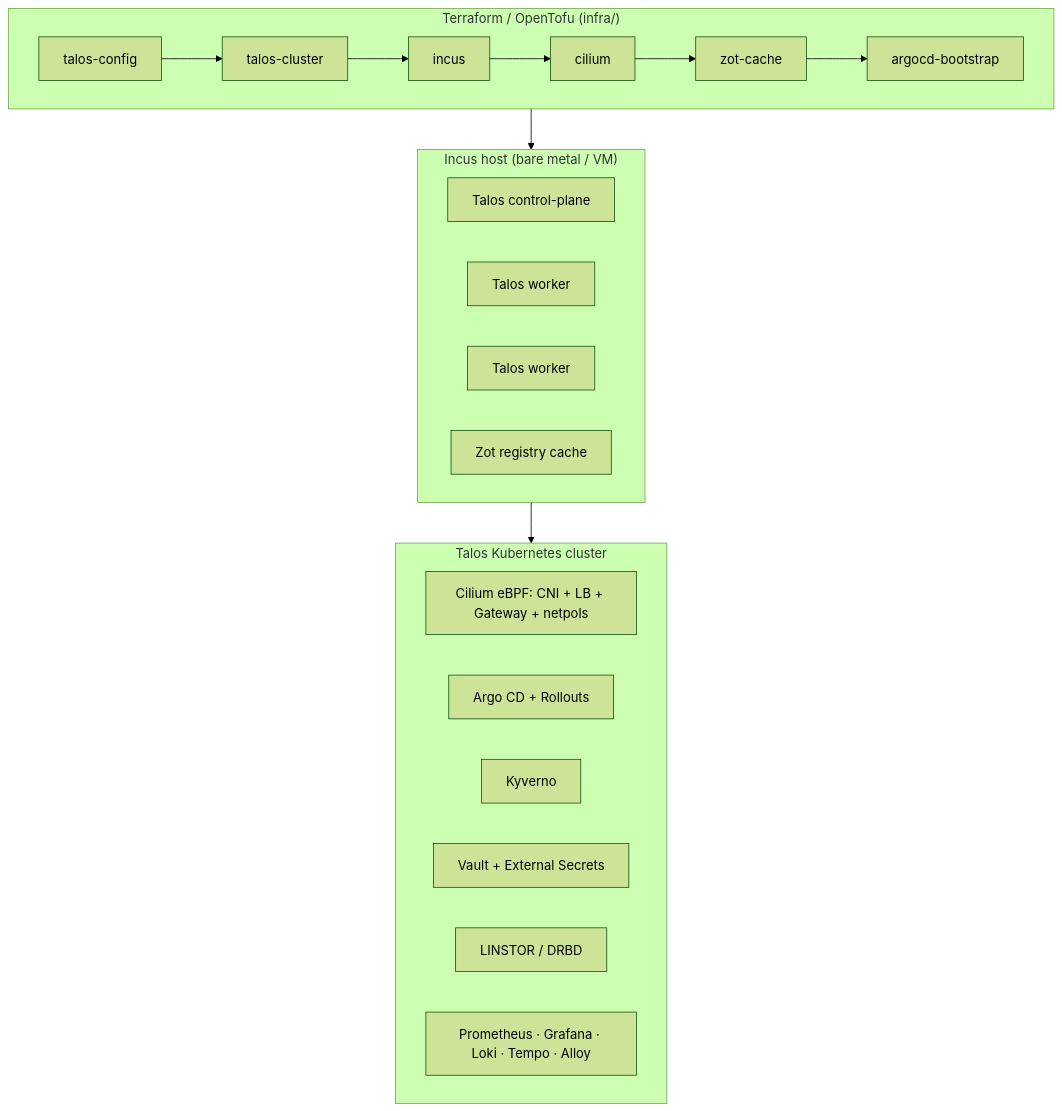
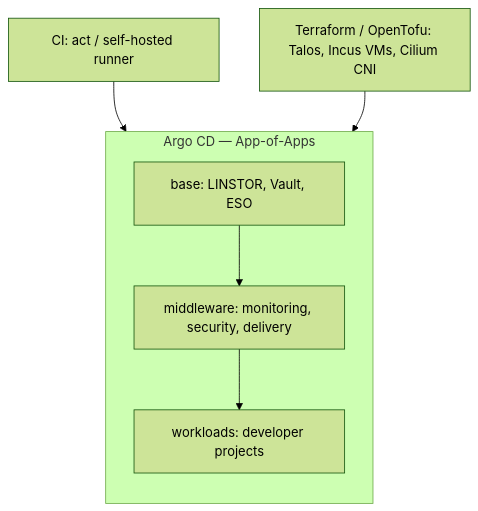
Before and after one commit to aldoshkineg/atlas-idp: the first of 6 diagrams in docs/cv/diagrams.md, drawn with Mermaid (forest theme). The commit also changed 1 other file, not shown here.

Commit message:
docs: shorten architecture Mermaid diagram
Replace the large layered diagram with a compact overview:
CI (act/runner) and Terraform (Talos, Incus, Cilium) feeding Argo CD
App-of-Apps layers (base -> middleware -> workloads).

````diff
--- a/docs/cv/diagrams.md
+++ b/docs/cv/diagrams.md
@@ -11,23 +11,14 @@
 ```mermaid
 flowchart TB
-  subgraph HOST["Incus host (bare metal / VM)"]
-    I1[Talos control-plane]
-    I2[Talos worker]
-    I3[Talos worker]
-    Z[Zot registry cache]
+  CI[CI: act / self-hosted runner]
+  TF[Terraform / OpenTofu: Talos, Incus VMs, Cilium CNI]
+  subgraph ARGO["Argo CD — App-of-Apps"]
+    direction TB
+    BASE[base: LINSTOR, Vault, ESO]
+    MID[middleware: monitoring, security, delivery]
+    WL[workloads: developer projects]
+    BASE --> MID --> WL
   end
-  subgraph K8S["Talos Kubernetes cluster"]
-    direction LR
-    CIL[Cilium eBPF: CNI + LB + Gateway + netpols]
-    ARGO[Argo CD + Rollouts]
-    KYV[Kyverno]
-    VE[Vault + External Secrets]
-    LS[LINSTOR / DRBD]
-    OBS[Prometheus · Grafana · Loki · Tempo · Alloy]
-  end
-  subgraph TF["Terraform / OpenTofu (infra/)"]
-    M1[talos-config] --> M2[talos-cluster] --> M3[incus] --> M4[cilium] --> M5[zot-cache] --> M6[argocd-bootstrap]
-  end
-  TF --> HOST
-  HOST --> K8S
+  CI --> ARGO
+  TF --> ARGO
 ```
````
